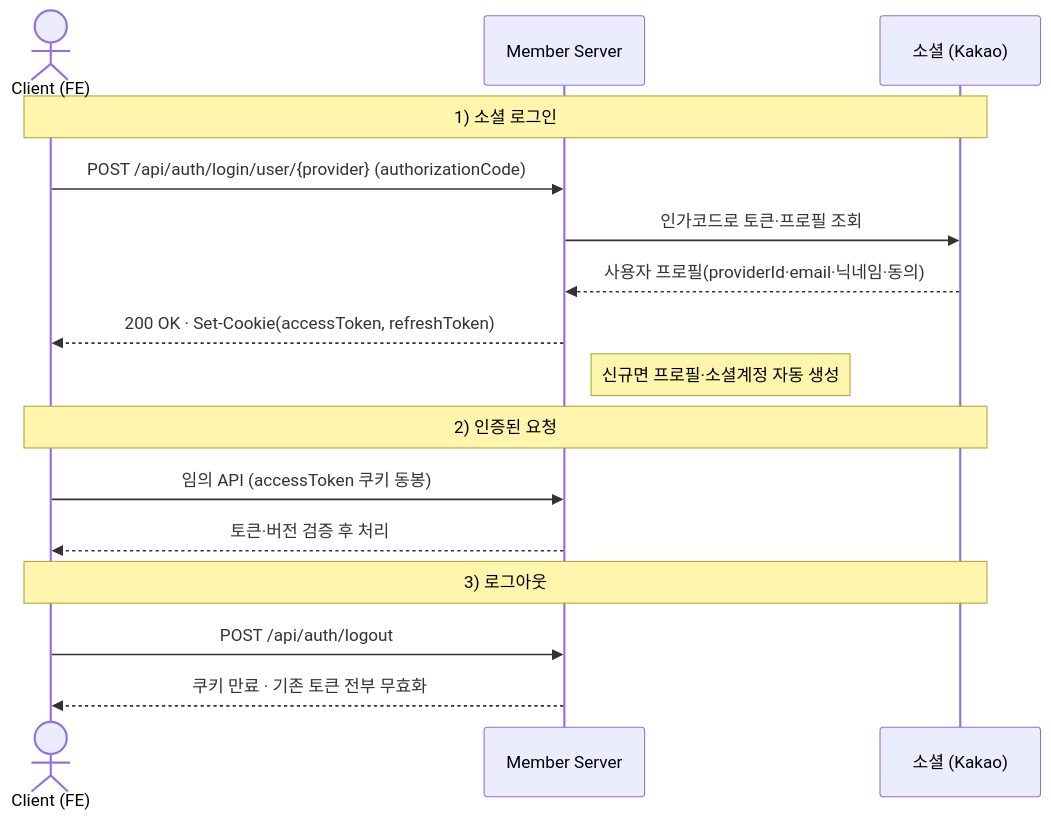
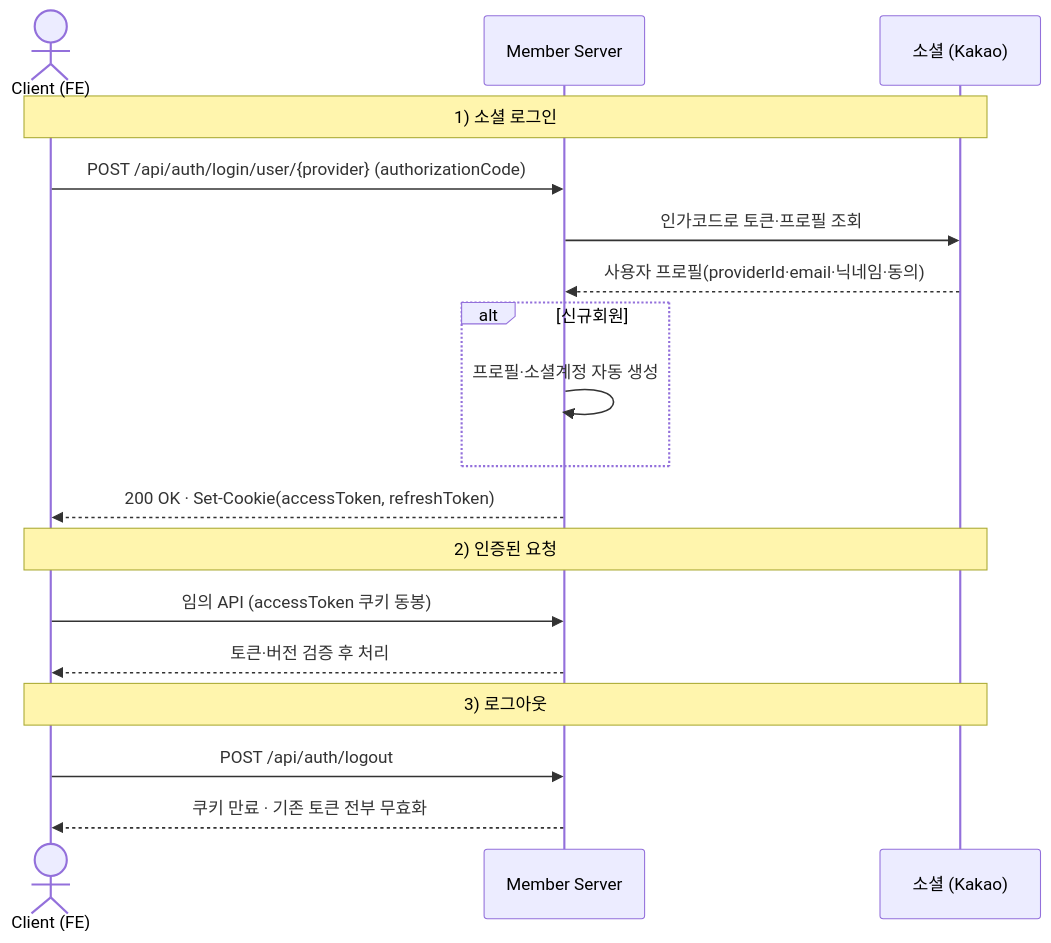
The first of 5 diagrams in docs/diagram/account/auth-flow.md (hirecore/hirecore-member-server), drawn with Mermaid before and after one commit. The commit also changed other lines of this file, not shown here.

Commit message:
docs: 인증 흐름 다이어그램의 이벤트 발행 표현과 Note 순서 개선

````diff
--- a/docs/diagram/account/auth-flow.md
+++ b/docs/diagram/account/auth-flow.md
@@ -10,21 +10,24 @@
 ```mermaid
 sequenceDiagram
     actor Client as Client (FE)
     participant API as Member Server
     participant Social as 소셜 (Kakao)
 
     Note over Client,Social: 1) 소셜 로그인
     Client->>API: POST /api/auth/login/user/{provider} (authorizationCode)
     API->>Social: 인가코드로 토큰·프로필 조회
     Social-->>API: 사용자 프로필(providerId·email·닉네임·동의)
+    alt 신규회원
+        API->>API: 프로필·소셜계정 자동 생성
+    end
     API-->>Client: 200 OK · Set-Cookie(accessToken, refreshToken)
-    Note right of API: 신규면 프로필·소셜계정 자동 생성
+    
 
     Note over Client,Social: 2) 인증된 요청
     Client->>API: 임의 API (accessToken 쿠키 동봉)
     API-->>Client: 토큰·버전 검증 후 처리
 
     Note over Client,Social: 3) 로그아웃
     Client->>API: POST /api/auth/logout
     API-->>Client: 쿠키 만료 · 기존 토큰 전부 무효화
 ```
````
